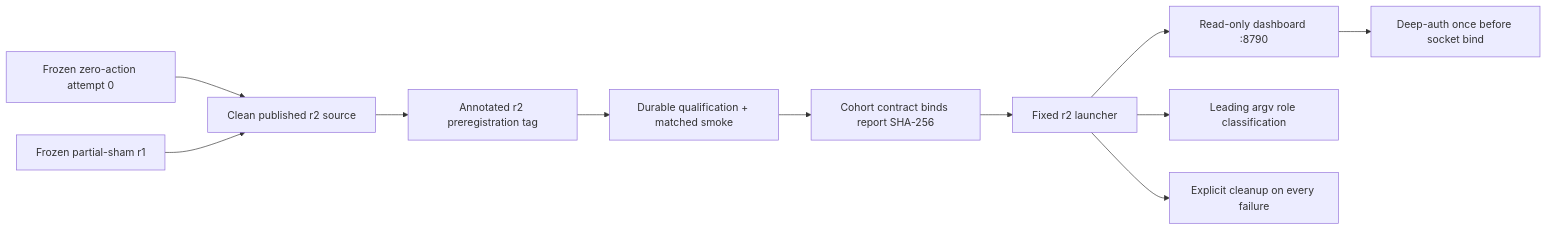
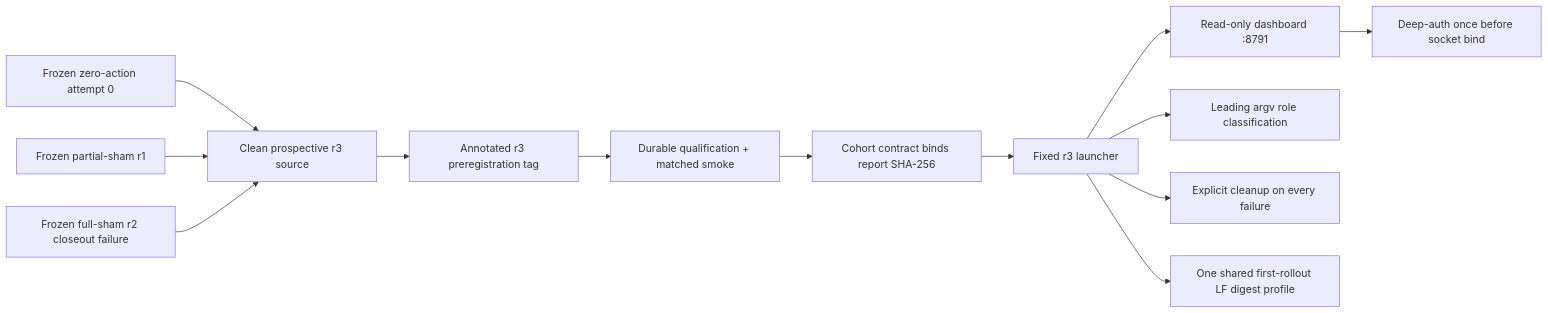
The sixth of 6 diagrams in docs/architecture.md (PeteAndrews1289/dungeon-apprentice), drawn with Mermaid before and after one commit. The commit also changed other lines of this file and 21 other files, not shown here.

````diff
--- a/docs/architecture.md
+++ b/docs/architecture.md
@@ -262,13 +270,15 @@
 ```mermaid
 flowchart LR
-    F0["Frozen zero-action attempt 0"] --> C["Clean published r2 source"]
+    F0["Frozen zero-action attempt 0"] --> C["Clean prospective r3 source"]
     F1["Frozen partial-sham r1"] --> C
-    C --> T["Annotated r2 preregistration tag"]
+    F2["Frozen full-sham r2 closeout failure"] --> C
+    C --> T["Annotated r3 preregistration tag"]
     T --> Q["Durable qualification + matched smoke"]
     Q --> M["Cohort contract binds report SHA-256"]
-    M --> L["Fixed r2 launcher"]
-    L --> D["Read-only dashboard :8790"]
+    M --> L["Fixed r3 launcher"]
+    L --> D["Read-only dashboard :8791"]
     L --> R["Leading argv role classification"]
     L --> X["Explicit cleanup on every failure"]
+    L --> H["One shared first-rollout LF digest profile"]
     D --> A["Deep-auth once before socket bind"]
 ```
````
